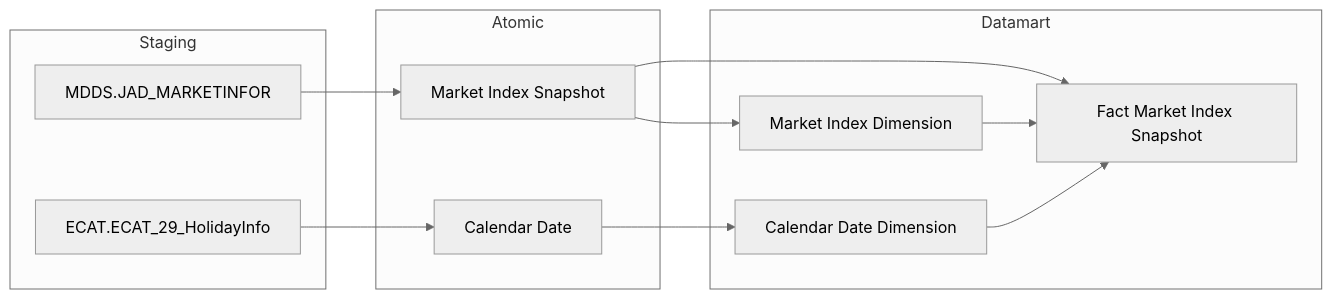
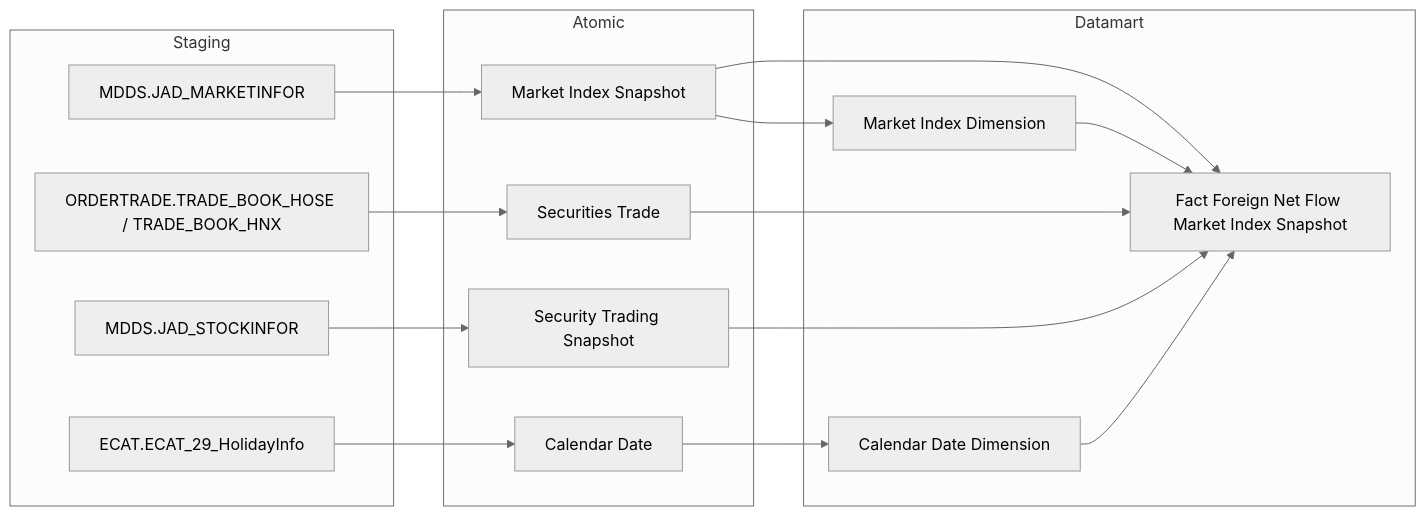
One commit to linhlvit/ubck_atomic_design changed the seventh of 30 diagrams in Datamart/hld/DTM_NDTNN_HLD.md. Above: the diagram before and after it, drawn with Mermaid (neutral theme). The commit also changed other lines of this file and 9 other files, not shown here.

````diff
--- a/Datamart/hld/DTM_NDTNN_HLD.md
+++ b/Datamart/hld/DTM_NDTNN_HLD.md
@@ -258,28 +258,36 @@
 ```mermaid
 flowchart LR
     subgraph SRC["Staging"]
         S1["MDDS.JAD_MARKETINFOR"]
+        S2["ORDERTRADE.TRADE_BOOK_HOSE / TRADE_BOOK_HNX"]
+        S3["MDDS.JAD_STOCKINFOR"]
         ECAT_ECAT_29_HolidayInfo["ECAT.ECAT_29_HolidayInfo"]
     end
 
     subgraph SIL["Atomic"]
         SV1["Market Index Snapshot"]
+        SV2["Securities Trade"]
+        SV3["Security Trading Snapshot"]
         Calendar_Date["Calendar Date"]
     end
 
     subgraph Datamart["Datamart"]
-        G1["Fact Market Index Snapshot"]
+        G1["Fact Foreign Net Flow Market Index Snapshot"]
         G2["Market Index Dimension"]
         G3["Calendar Date Dimension"]
     end
 
     S1 --> SV1
+    S2 --> SV2
+    S3 --> SV3
     ECAT_ECAT_29_HolidayInfo --> Calendar_Date
 
     SV1 --> G1
+    SV2 --> G1
+    SV3 --> G1
     SV1 --> G2
     Calendar_Date --> G3
 
     G2 --> G1
     G3 --> G1
 ```
````
